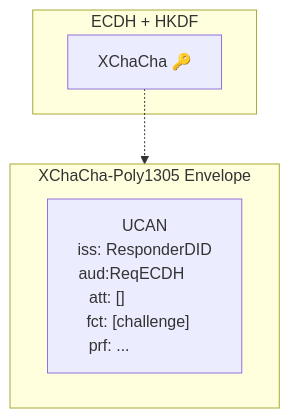
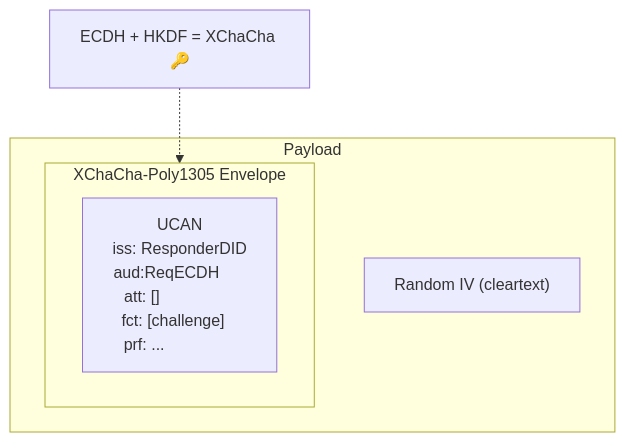
Before and after one commit to ucan-wg/awake: the second of 2 diagrams in README.md, drawn with Mermaid. The commit also changed other lines of this file, not shown here.

Commit message:
improve diagram

````diff
--- a/README.md
+++ b/README.md
@@ -249,18 +251,19 @@
 ``` mermaid
 flowchart TD
-    subgraph ECDH + HKDF
-        XCC["XChaCha 🔑"]
-    end
+    XCC["ECDH + HKDF = XChaCha 🔑"]
 
-    subgraph Env [XChaCha-Poly1305 Envelope]
-        ucan["UCAN
-            iss: ResponderDID
-            aud:ReqECDH&nbsp;&nbsp;&nbsp;&nbsp;&nbsp;&nbsp;
-            att: []&nbsp;&nbsp;&nbsp;&nbsp;&nbsp;&nbsp;&nbsp;&nbsp;&nbsp;&nbsp;&nbsp;&nbsp;&nbsp;&nbsp;&nbsp;&nbsp;&nbsp;
-            fct: [challenge]&nbsp;&nbsp;&nbsp;
-            prf: ...&nbsp;&nbsp;&nbsp;&nbsp;&nbsp;&nbsp;&nbsp;&nbsp;&nbsp;&nbsp;&nbsp;&nbsp;&nbsp;&nbsp;&nbsp;&nbsp;
-        "]
+    subgraph Payload
+        IV["Random IV (cleartext)"]
+        subgraph Env [XChaCha-Poly1305 Envelope]
+            ucan["UCAN
+                iss: ResponderDID
+                aud:ReqECDH&nbsp;&nbsp;&nbsp;&nbsp;&nbsp;&nbsp;
+                att: []&nbsp;&nbsp;&nbsp;&nbsp;&nbsp;&nbsp;&nbsp;&nbsp;&nbsp;&nbsp;&nbsp;&nbsp;&nbsp;&nbsp;&nbsp;&nbsp;&nbsp;
+                fct: [challenge]&nbsp;&nbsp;&nbsp;
+                prf: ...&nbsp;&nbsp;&nbsp;&nbsp;&nbsp;&nbsp;&nbsp;&nbsp;&nbsp;&nbsp;&nbsp;&nbsp;&nbsp;&nbsp;&nbsp;&nbsp;
+            "]
+        end
     end
 
     XCC -.-> Env
 ```
````
